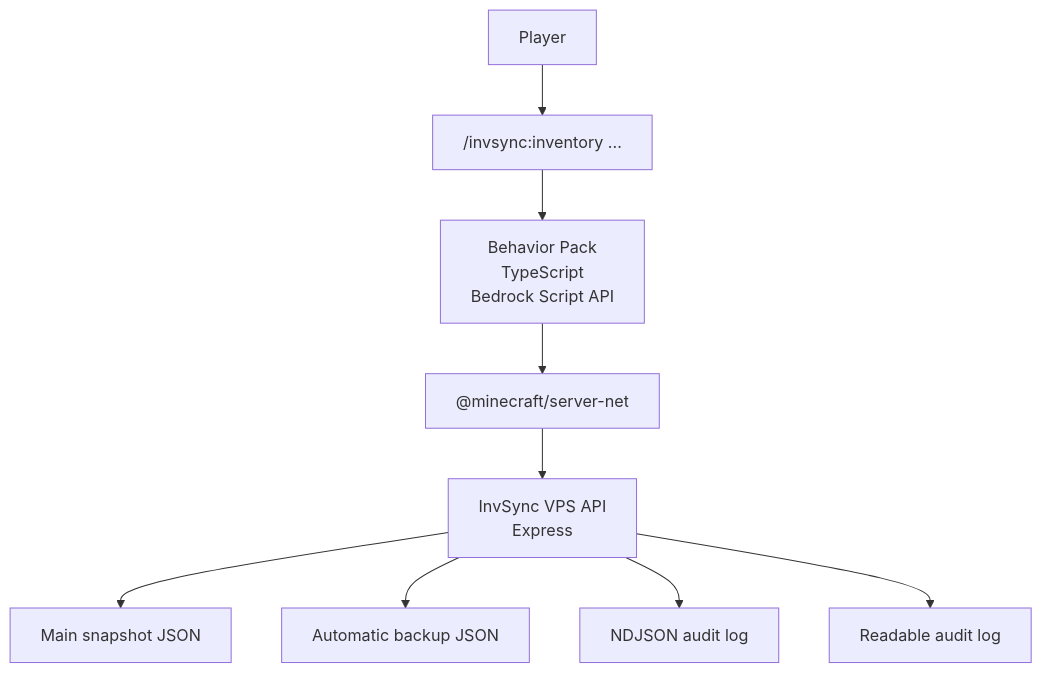
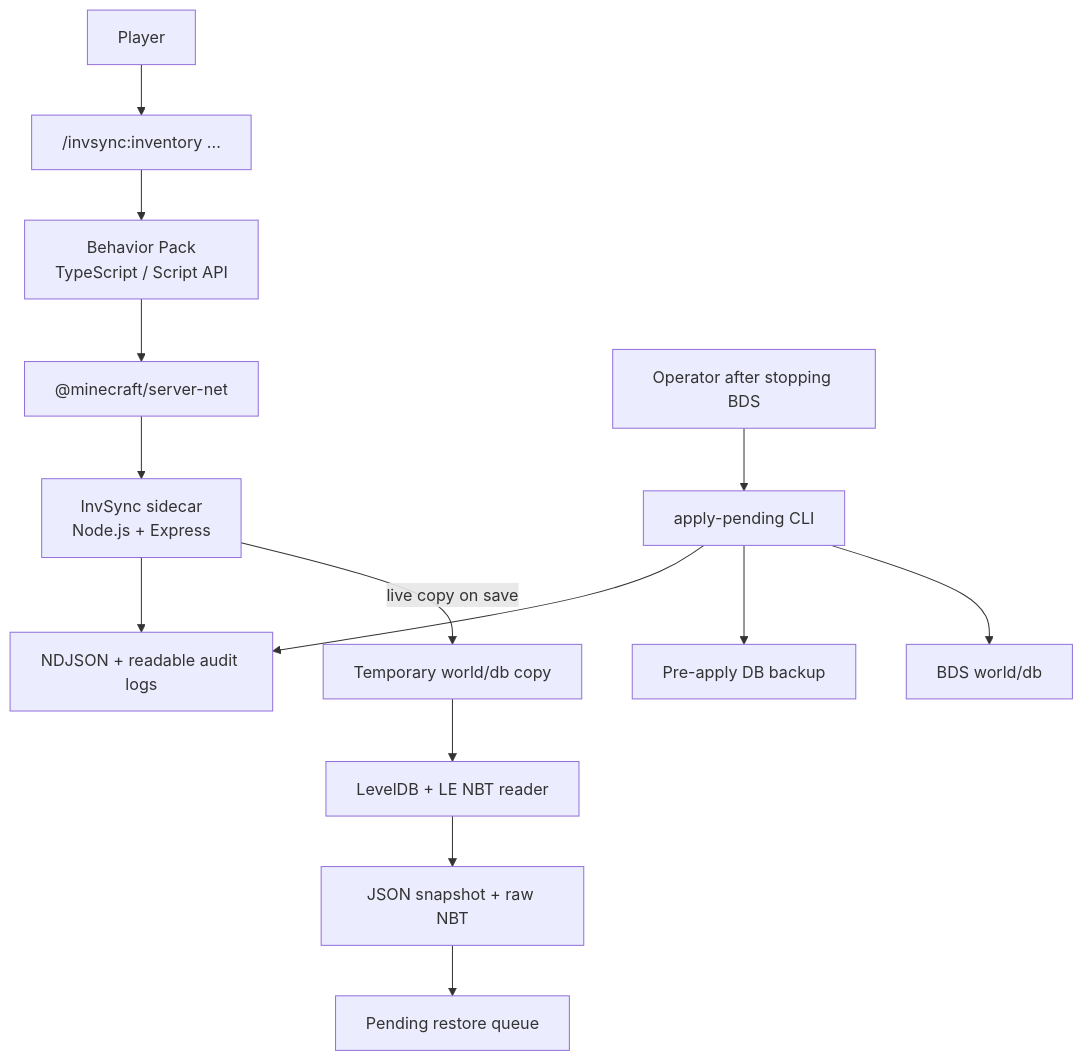
The first of 4 diagrams in docs/architecture.md (rometet/inventory-sync), drawn with Mermaid before and after one commit. The commit also changed other lines of this file and 22 other files, not shown here.

````diff
--- a/docs/architecture.md
+++ b/docs/architecture.md
@@ -17,11 +14,16 @@
 ```mermaid
 flowchart TD
     Player["Player"] --> Cmd["/invsync:inventory ..."]
-    Cmd --> BP["Behavior Pack\nTypeScript\nBedrock Script API"]
+    Cmd --> BP["Behavior Pack\nTypeScript / Script API"]
     BP --> Net["@minecraft/server-net"]
-    Net --> Api["InvSync VPS API\nExpress"]
-    Api --> MainStore["Main snapshot JSON"]
-    Api --> BackupStore["Automatic backup JSON"]
-    Api --> AuditNdjson["NDJSON audit log"]
-    Api --> AuditReadable["Readable audit log"]
+    Net --> API["InvSync sidecar\nNode.js + Express"]
+    API -->|live copy on save| Copy["Temporary world/db copy"]
+    Copy --> Reader["LevelDB + LE NBT reader"]
+    Reader --> Store["JSON snapshot + raw NBT"]
+    Store --> Pending["Pending restore queue"]
+    Operator["Operator after stopping BDS"] --> CLI["apply-pending CLI"]
+    CLI --> DB["BDS world/db"]
+    CLI --> Backup["Pre-apply DB backup"]
+    API --> Audit["NDJSON + readable audit logs"]
+    CLI --> Audit
 ```
````
